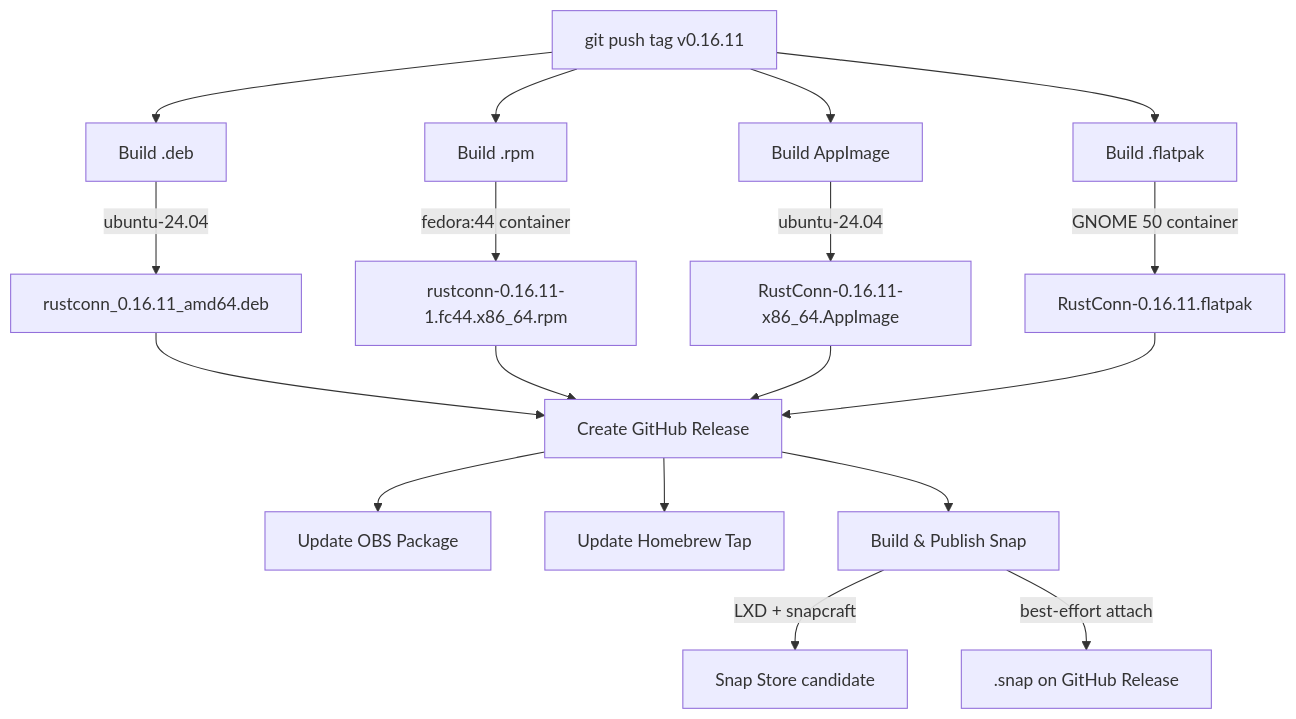
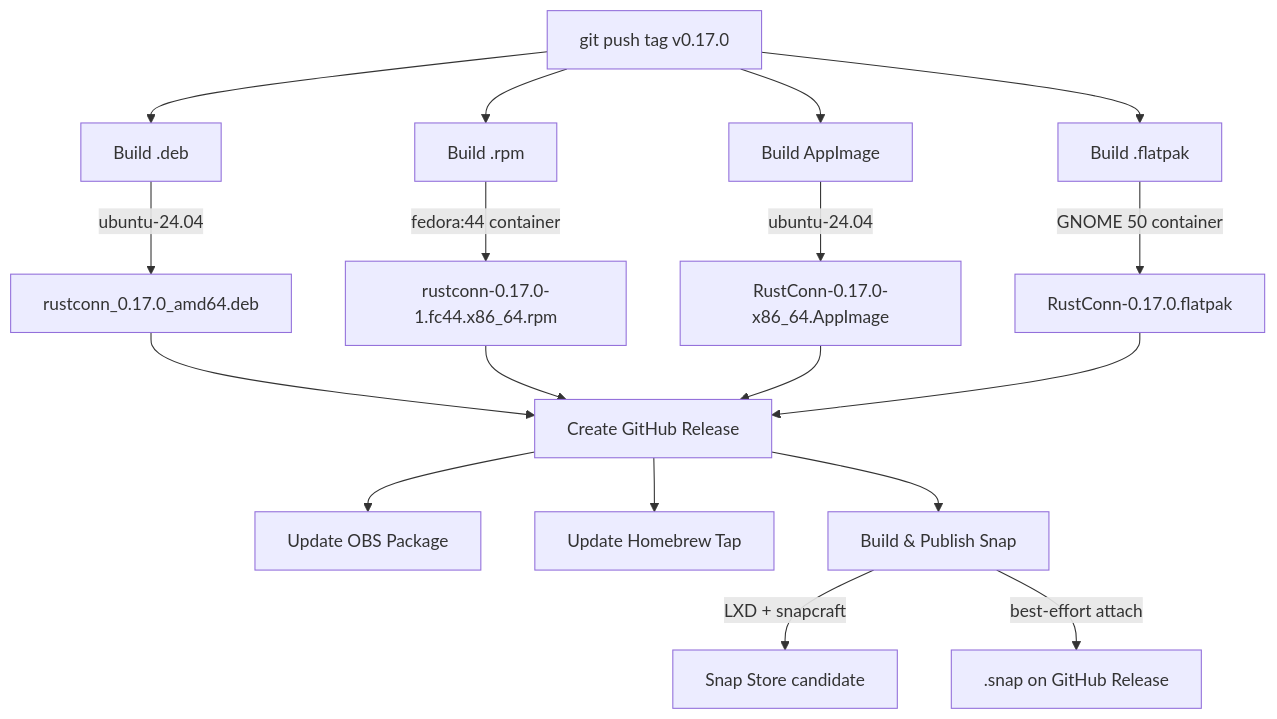
Before and after one commit to yonasBSD/RustConn: the third of 6 diagrams in docs/CI_BUILD_FLOW.md, drawn with Mermaid. The commit also changed other lines of this file and 126 other files, not shown here.

````diff
--- a/docs/CI_BUILD_FLOW.md
+++ b/docs/CI_BUILD_FLOW.md
@@ -67,23 +67,23 @@
 ```mermaid
 graph TD
-    Tag[git push tag v0.16.11] --> BuildDeb[Build .deb]
+    Tag[git push tag v0.17.0] --> BuildDeb[Build .deb]
     Tag --> BuildRPM[Build .rpm]
     Tag --> BuildAppImage[Build AppImage]
     Tag --> BuildFlatpak[Build .flatpak]
 
-    BuildDeb --> |ubuntu-24.04| DebArtifact[rustconn_0.16.11_amd64.deb]
-    BuildRPM --> |fedora:44 container| RPMArtifact[rustconn-0.16.11-1.fc44.x86_64.rpm]
-    BuildAppImage --> |ubuntu-24.04| AppImageArtifact[RustConn-0.16.11-x86_64.AppImage]
-    BuildFlatpak --> |GNOME 50 container| FlatpakArtifact[RustConn-0.16.11.flatpak]
+    BuildDeb --> |ubuntu-24.04| DebArtifact[rustconn_0.17.0_amd64.deb]
+    BuildRPM --> |fedora:44 container| RPMArtifact[rustconn-0.17.0-1.fc44.x86_64.rpm]
+    BuildAppImage --> |ubuntu-24.04| AppImageArtifact[RustConn-0.17.0-x86_64.AppImage]
+    BuildFlatpak --> |GNOME 50 container| FlatpakArtifact[RustConn-0.17.0.flatpak]
 
     DebArtifact --> Release[Create GitHub Release]
     RPMArtifact --> Release
     AppImageArtifact --> Release
     FlatpakArtifact --> Release
 
     Release --> UpdateOBS[Update OBS Package]
     Release --> Brew[Update Homebrew Tap]
     Release --> BuildSnap[Build & Publish Snap]
     BuildSnap --> |LXD + snapcraft| SnapStore[Snap Store candidate]
     BuildSnap --> |best-effort attach| SnapAsset[.snap on GitHub Release]
 ```
````
